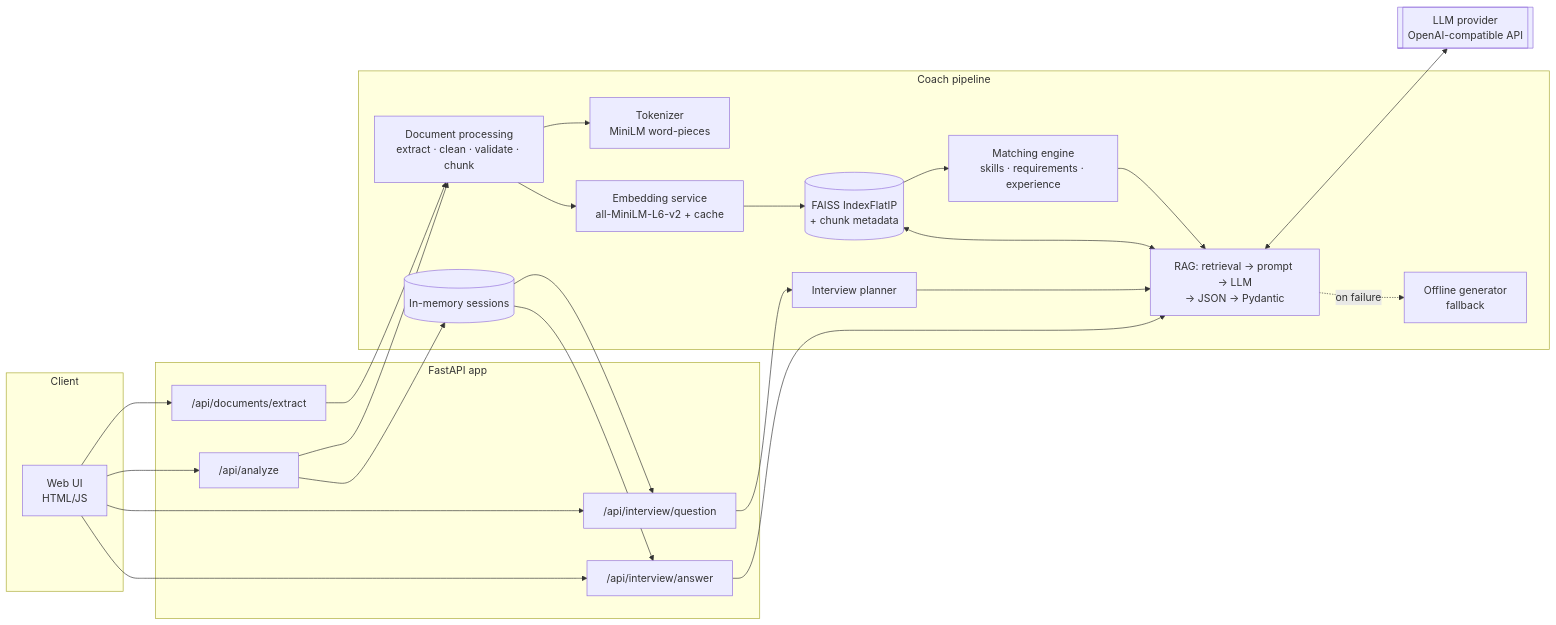
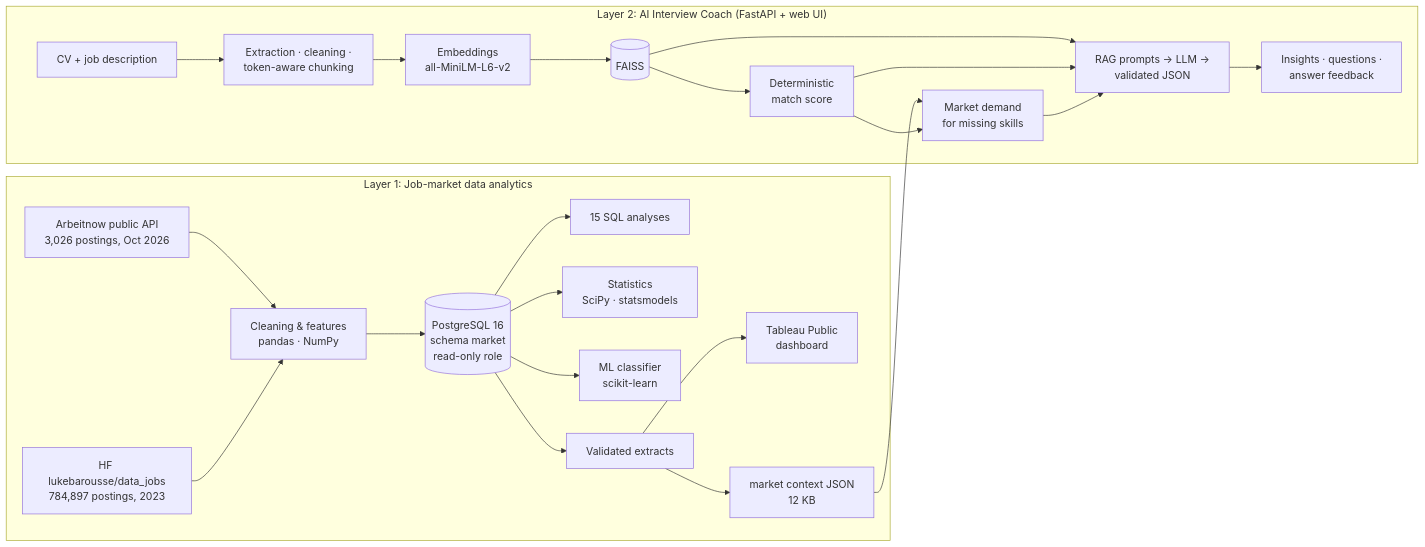
Before and after one commit to Raphzaf/ai-job-interview-coach: the first of 2 diagrams in README.md, drawn with Mermaid. The commit also changed other lines of this file and 12 other files, not shown here.

````diff
--- a/README.md
+++ b/README.md
@@ -93,38 +66,26 @@
 ```mermaid
 flowchart LR
-    subgraph Client
-        UI[Web UI<br/>HTML/JS]
-    end
-    subgraph API[FastAPI app]
-        R1["/api/documents/extract"]
-        R2["/api/analyze"]
-        R3["/api/interview/question"]
-        R4["/api/interview/answer"]
-    end
-    subgraph Core[Coach pipeline]
-        DP[Document processing<br/>extract · clean · validate · chunk]
-        TK[Tokenizer<br/>MiniLM word-pieces]
-        EM[Embedding service<br/>all-MiniLM-L6-v2 + cache]
-        VS[(FAISS IndexFlatIP<br/>+ chunk metadata)]
-        MT[Matching engine<br/>skills · requirements · experience]
-        PL[Interview planner]
-        RG[RAG: retrieval → prompt → LLM<br/>→ JSON → Pydantic]
-        OF[Offline generator<br/>fallback]
-        SS[(In-memory sessions)]
-    end
-    LLM[[LLM provider<br/>OpenAI-compatible API]]
-
-    UI --> R1 & R2 & R3 & R4
-    R1 --> DP
-    R2 --> DP --> TK
-    DP --> EM --> VS
-    VS --> MT
-    MT --> RG
-    R3 --> PL --> RG
-    R4 --> RG
-    RG <--> VS
-    RG <--> LLM
-    RG -.on failure.-> OF
-    R2 --> SS
-    SS --> R3 & R4
+  subgraph L1["Layer 1: Job-market data analytics"]
+    A[Arbeitnow public API<br/>3,026 postings, Oct 2026] --> C
+    H[HF lukebarousse/data_jobs<br/>784,897 postings, 2023] --> C
+    C[Cleaning & features<br/>pandas · NumPy] --> DB[(PostgreSQL 16<br/>schema market<br/>read-only role)]
+    DB --> Q[15 SQL analyses]
+    DB --> S[Statistics<br/>SciPy · statsmodels]
+    DB --> M[ML classifier<br/>scikit-learn]
+    DB --> E[Validated extracts]
+    E --> T[Tableau Public<br/>dashboard]
+    E --> J[market context JSON<br/>12 KB]
+  end
+  subgraph L2["Layer 2: AI Interview Coach (FastAPI + web UI)"]
+    U[CV + job description] --> DP[Extraction · cleaning ·<br/>token-aware chunking]
+    DP --> EM[Embeddings<br/>all-MiniLM-L6-v2]
+    EM --> F[(FAISS)]
+    F --> MT[Deterministic<br/>match score]
+    F --> RAG[RAG prompts → LLM →<br/>validated JSON]
+    MT --> RAG
+    J --> MC[Market demand<br/>for missing skills]
+    MT --> MC
+    MC --> RAG
+    RAG --> UI[Insights · questions ·<br/>answer feedback]
+  end
 ```
````
